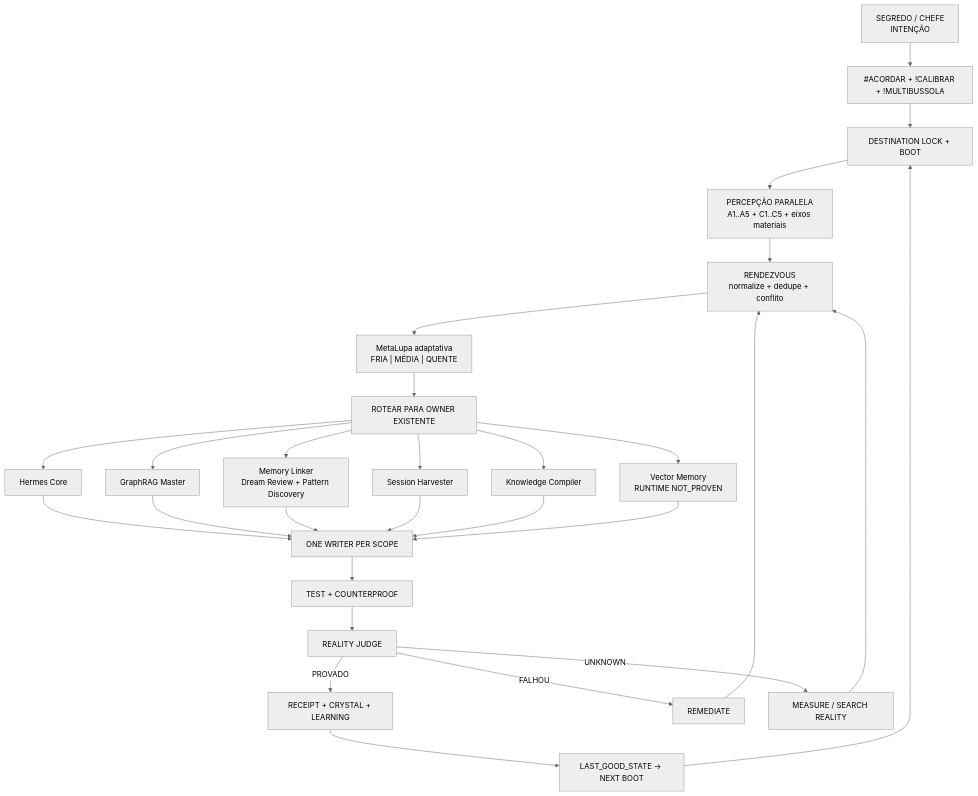
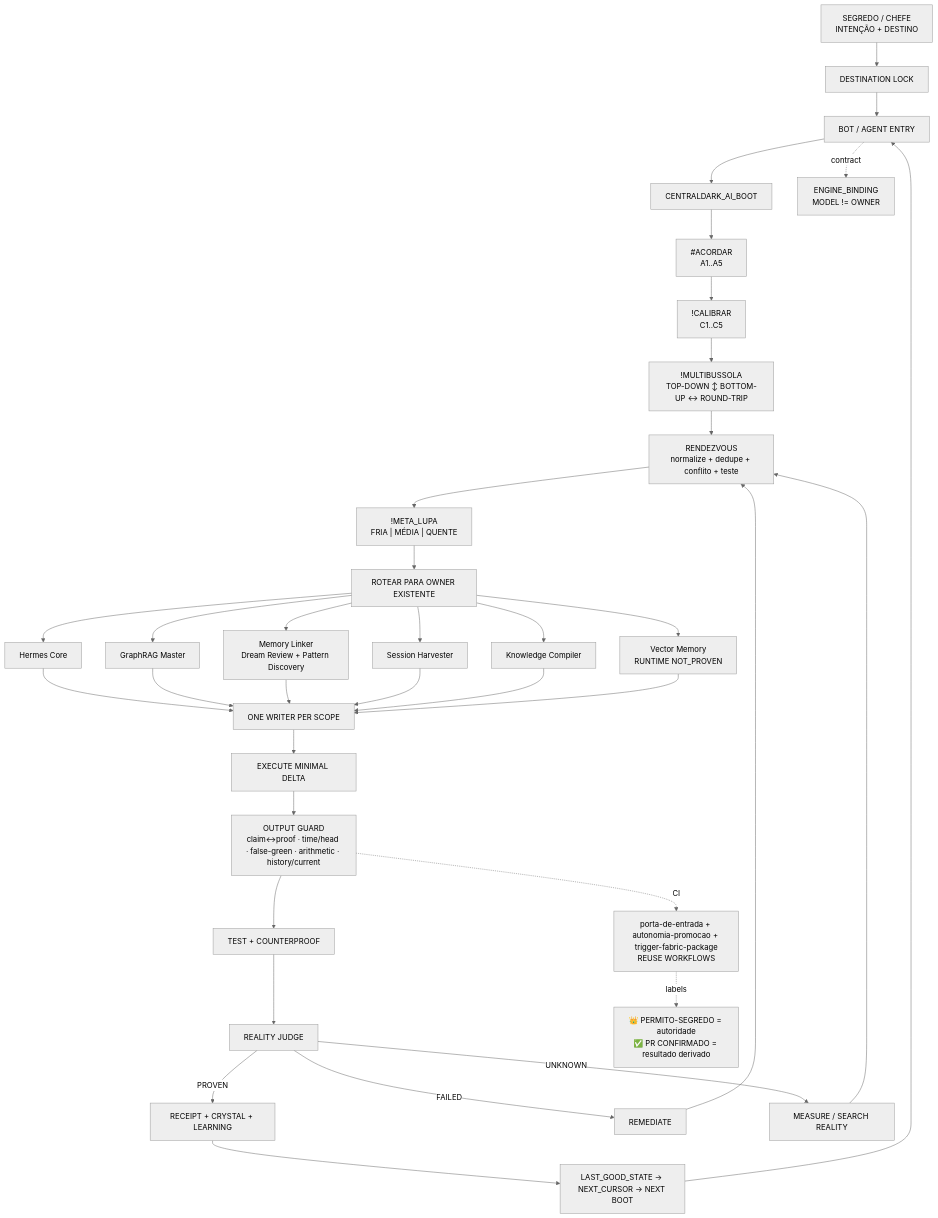
The diagram in docs/ARQUITETURA/CENTRALDARK-TRIGGER-FABRIC/ARCHITECTURE.mmd (ServerVpss/CentralDark), drawn with Mermaid (neutral theme) before and after one commit.

Commit message:
feat(trigger-fabric): atualizar diagrama canônico

```diff
--- a/docs/ARQUITETURA/CENTRALDARK-TRIGGER-FABRIC/ARCHITECTURE.mmd
+++ b/docs/ARQUITETURA/CENTRALDARK-TRIGGER-FABRIC/ARCHITECTURE.mmd
@@ -1,28 +1,36 @@
 flowchart TD
-  CHEFE["SEGREDO / CHEFE\nINTENÇÃO"] --> MASTER["#ACORDAR + !CALIBRAR + !MULTIBUSSOLA"]
-  MASTER --> BOOT["DESTINATION LOCK + BOOT"]
-  BOOT --> FANOUT["PERCEPÇÃO PARALELA\nA1..A5 + C1..C5 + eixos materiais"]
-  FANOUT --> RENDEZVOUS["RENDEZVOUS\nnormalize + dedupe + conflito"]
-  RENDEZVOUS --> META["MetaLupa adaptativa\nFRIA | MÉDIA | QUENTE"]
+  CHEFE["SEGREDO / CHEFE\nINTENÇÃO + DESTINO"] --> LOCK["DESTINATION LOCK"]
+  LOCK --> ENTRY["BOT / AGENT ENTRY"]
+  ENTRY --> BOOT["CENTRALDARK_AI_BOOT"]
+  BOOT --> AC["#ACORDAR\nA1..A5"]
+  AC --> CAL["!CALIBRAR\nC1..C5"]
+  CAL --> MB["!MULTIBUSSOLA\nTOP-DOWN ↕ BOTTOM-UP ↔ ROUND-TRIP"]
+  MB --> RENDEZVOUS["RENDEZVOUS\nnormalize + dedupe + conflito + teste"]
+  RENDEZVOUS --> META["!META_LUPA\nFRIA | MÉDIA | QUENTE"]
   META --> ROUTE["ROTEAR PARA OWNER EXISTENTE"]
   ROUTE --> HERMES["Hermes Core"]
   ROUTE --> GRAPH["GraphRAG Master"]
   ROUTE --> MEMORY["Memory Linker\nDream Review + Pattern Discovery"]
   ROUTE --> HARVEST["Session Harvester"]
   ROUTE --> KNOW["Knowledge Compiler"]
   ROUTE --> VECTOR["Vector Memory\nRUNTIME NOT_PROVEN"]
   HERMES --> WRITER["ONE WRITER PER SCOPE"]
   GRAPH --> WRITER
   MEMORY --> WRITER
   HARVEST --> WRITER
   KNOW --> WRITER
   VECTOR --> WRITER
-  WRITER --> TEST["TEST + COUNTERPROOF"]
+  WRITER --> EXEC["EXECUTE MINIMAL DELTA"]
+  EXEC --> GUARD["OUTPUT GUARD\nclaim↔proof · time/head · false-green · arithmetic · history/current"]
+  GUARD --> TEST["TEST + COUNTERPROOF"]
   TEST --> JUDGE["REALITY JUDGE"]
-  JUDGE -->|PROVADO| CRYSTAL["RECEIPT + CRYSTAL + LEARNING"]
-  JUDGE -->|FALHOU| REMED["REMEDIATE"]
+  JUDGE -->|PROVEN| CRYSTAL["RECEIPT + CRYSTAL + LEARNING"]
+  JUDGE -->|FAILED| REMED["REMEDIATE"]
   JUDGE -->|UNKNOWN| SEEK["MEASURE / SEARCH REALITY"]
   REMED --> RENDEZVOUS
   SEEK --> RENDEZVOUS
-  CRYSTAL --> NEXT["LAST_GOOD_STATE → NEXT BOOT"]
-  NEXT --> BOOT
+  CRYSTAL --> NEXT["LAST_GOOD_STATE → NEXT_CURSOR → NEXT BOOT"]
+  NEXT --> ENTRY
+  ENTRY -. contract .-> ENGINE["ENGINE_BINDING\nMODEL != OWNER"]
+  GUARD -. CI .-> CI["porta-de-entrada + autonomia-promocao + trigger-fabric-package\nREUSE WORKFLOWS"]
+  CI -. labels .-> LABELS["👑 PERMITO-SEGREDO = autoridade\n✅ PR CONFIRMADO = resultado derivado"]
```
